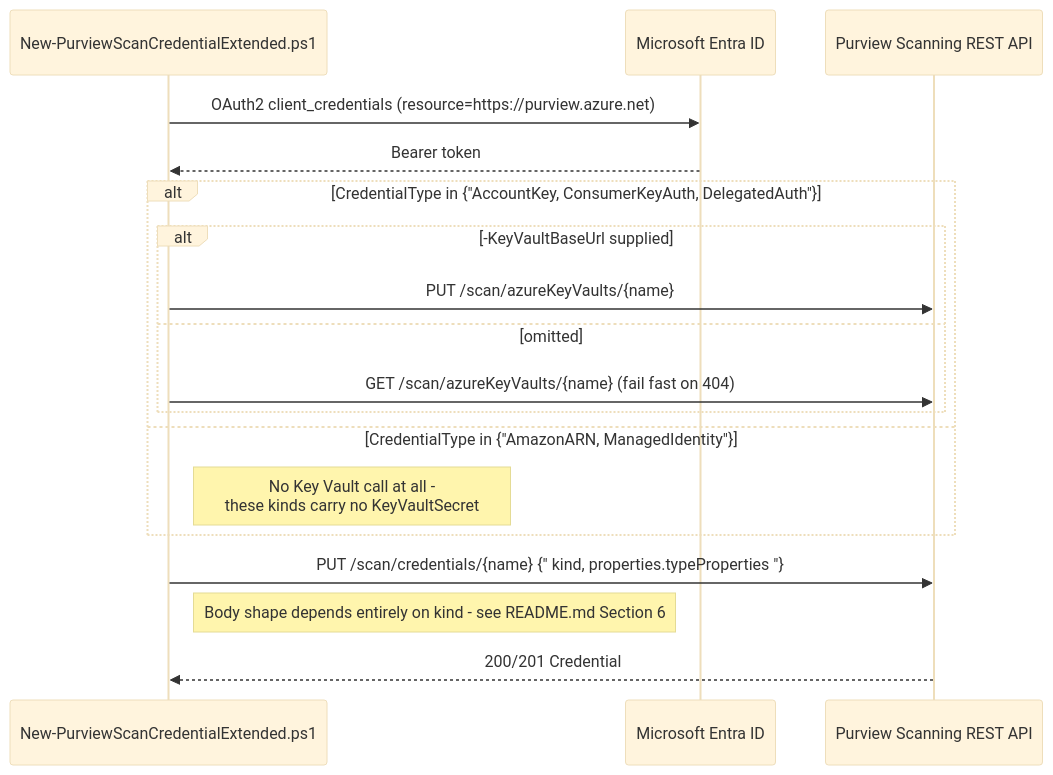
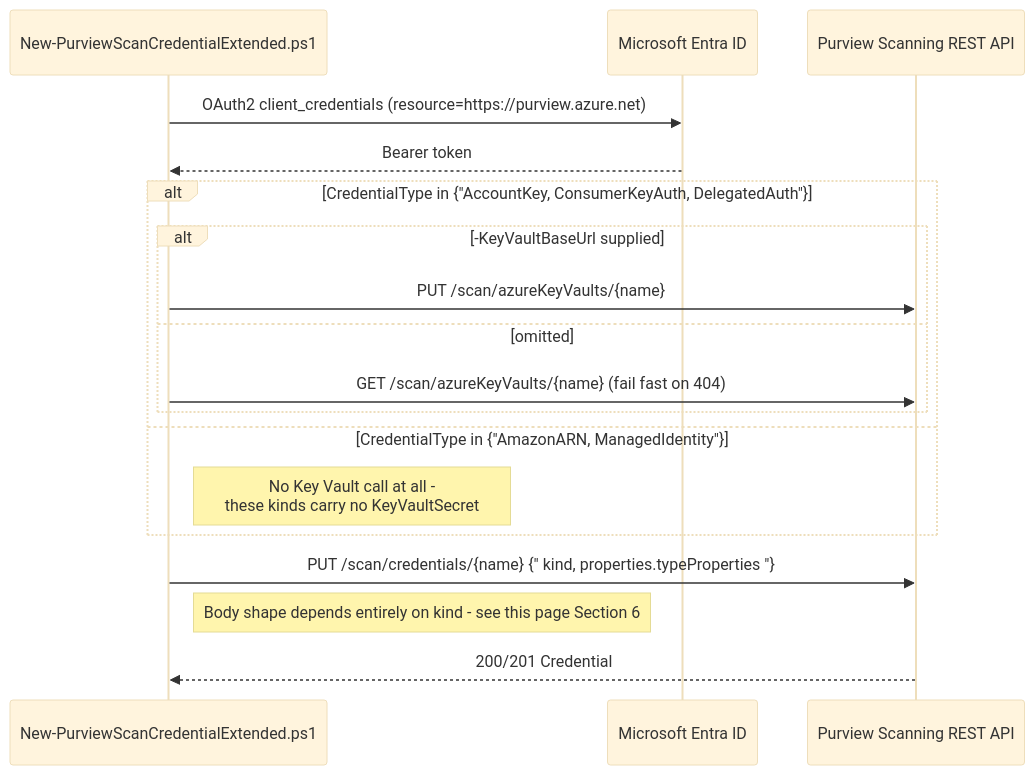
One commit to kpsec1/kpsec1.github.io changed the diagram in src/content/scenarios/data-map/scan-credential-remaining-kinds.design.md. Above: the diagram before and after it, drawn with Mermaid (base theme). The commit also changed 269 other files, not shown here.

````diff
--- a/src/content/scenarios/data-map/scan-credential-remaining-kinds.design.md
+++ b/src/content/scenarios/data-map/scan-credential-remaining-kinds.design.md
@@ -93,23 +93,23 @@
 ```mermaid
 sequenceDiagram
     participant Script as New-PurviewScanCredentialExtended.ps1
     participant AAD as Microsoft Entra ID
     participant API as Purview Scanning REST API
 
     Script->>AAD: OAuth2 client_credentials (resource=https://purview.azure.net)
     AAD-->>Script: Bearer token
 
     alt CredentialType in {"AccountKey, ConsumerKeyAuth, DelegatedAuth"}
         alt -KeyVaultBaseUrl supplied
             Script->>API: PUT /scan/azureKeyVaults/{name}
         else omitted
             Script->>API: GET /scan/azureKeyVaults/{name} (fail fast on 404)
         end
     else CredentialType in {"AmazonARN, ManagedIdentity"}
         Note right of Script: No Key Vault call at all -<br/>these kinds carry no KeyVaultSecret
     end
 
     Script->>API: PUT /scan/credentials/{name} {" kind, properties.typeProperties "}
-    Note right of Script: Body shape depends entirely on kind - see README.md Section 6
+    Note right of Script: Body shape depends entirely on kind - see this page Section 6
     API-->>Script: 200/201 Credential
 ```
````
